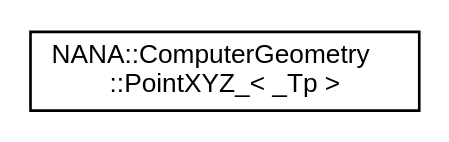
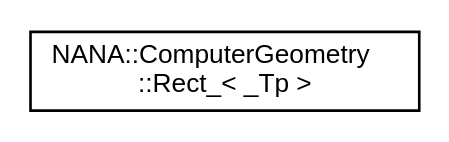
Before and after one commit to YuruTu/NANA: the diagram in docs/inherit_graph_5.dot, drawn with Graphviz. The commit also changed 149 other files, not shown here.

```diff
--- a/docs/inherit_graph_5.dot
+++ b/docs/inherit_graph_5.dot
@@ -1,8 +1,8 @@
 digraph "类继承关系图"
 {
  // LATEX_PDF_SIZE
   edge [fontname="Helvetica",fontsize="10",labelfontname="Helvetica",labelfontsize="10"];
   node [fontname="Helvetica",fontsize="10",shape=record];
   rankdir="LR";
-  Node0 [label="NANA::ComputerGeometry\l::PointXYZ_\< _Tp \>",height=0.2,width=0.4,color="black", fillcolor="white", style="filled",URL="$struct_n_a_n_a_1_1_computer_geometry_1_1_point_x_y_z__.html",tooltip="3D点集"];
+  Node0 [label="NANA::ComputerGeometry\l::Rect_\< _Tp \>",height=0.2,width=0.4,color="black", fillcolor="white", style="filled",URL="$struct_n_a_n_a_1_1_computer_geometry_1_1_rect__.html",tooltip="正矩形"];
 }
```
